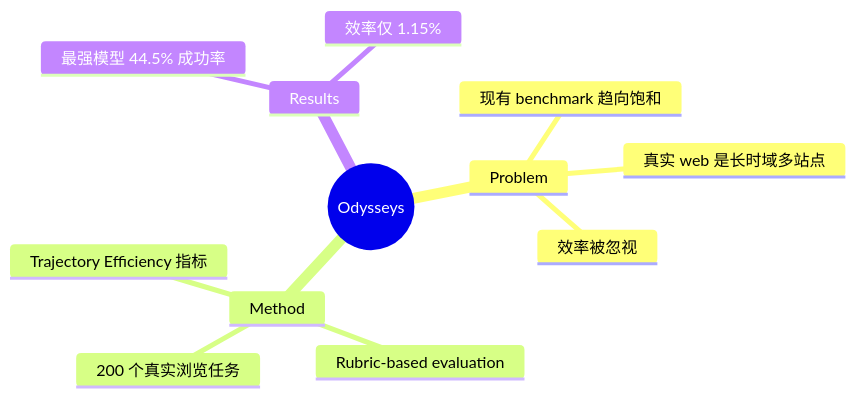
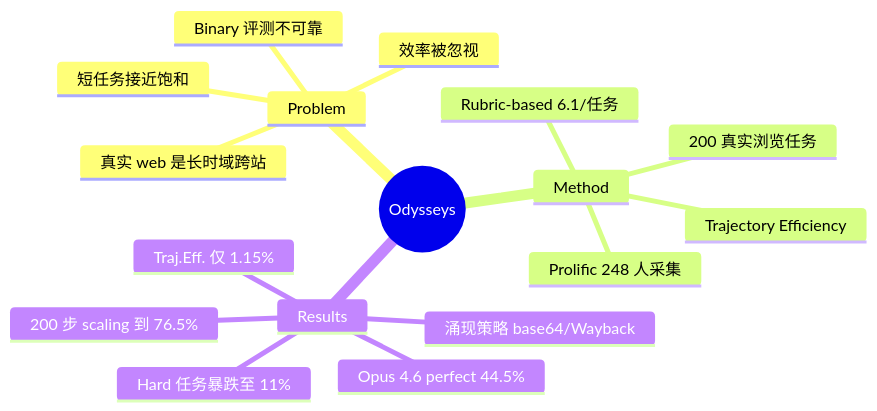
One commit to Kendrick-Stein/MCISLAB_DeepRead changed the diagram in Papers/2604-Odysseys.md. Above: the diagram before and after it, drawn with Mermaid. The commit also changed other lines of this file and 21 other files, not shown here.

````diff
--- a/Papers/2604-Odysseys.md
+++ b/Papers/2604-Odysseys.md
@@ -53,15 +87,20 @@
 ```mermaid
 mindmap
   root((Odysseys))
     Problem
-      现有 benchmark 趋向饱和
-      真实 web 是长时域多站点
+      短任务接近饱和
+      真实 web 是长时域跨站
       效率被忽视
+      Binary 评测不可靠
     Method
-      200 个真实浏览任务
-      Rubric-based evaluation
-      Trajectory Efficiency 指标
+      200 真实浏览任务
+      Prolific 248 人采集
+      Rubric-based 6.1/任务
+      Trajectory Efficiency
     Results
-      最强模型 44.5% 成功率
-      效率仅 1.15%
+      Opus 4.6 perfect 44.5%
+      Hard 任务暴跌至 11%
+      200 步 scaling 到 76.5%
+      Traj.Eff. 仅 1.15%
+      涌现策略 base64/Wayback
 ```
````
